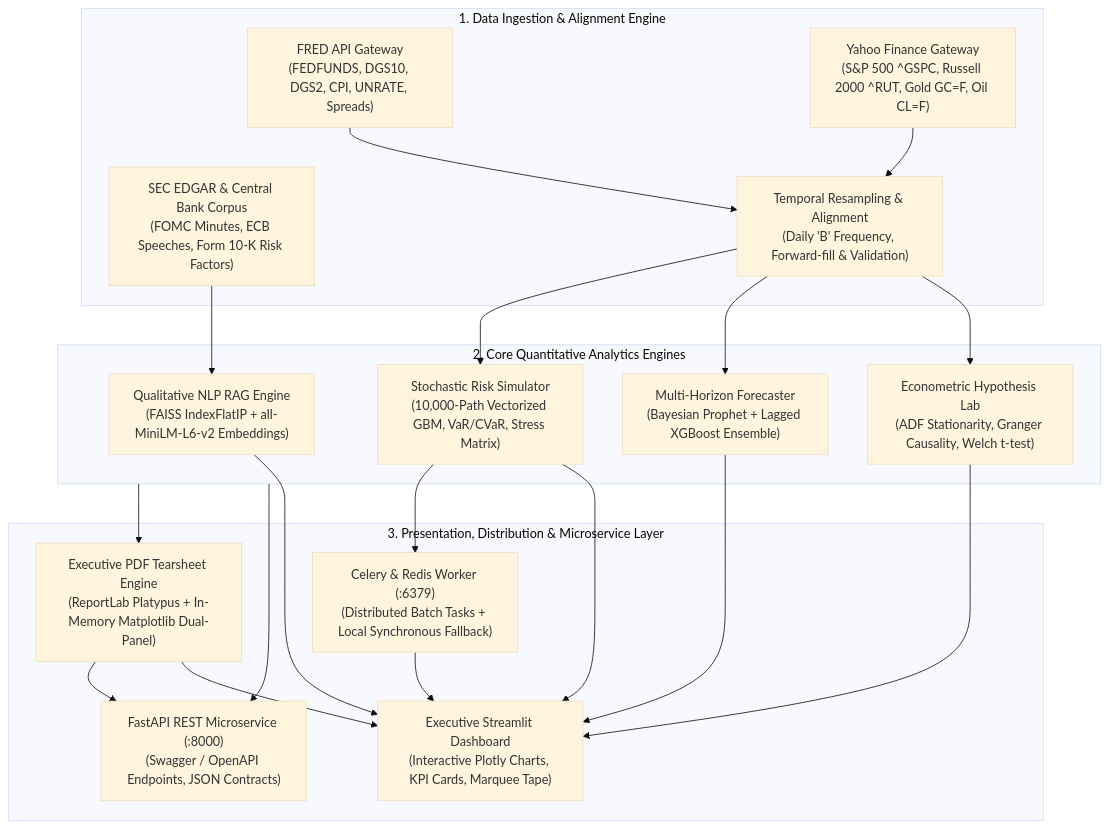
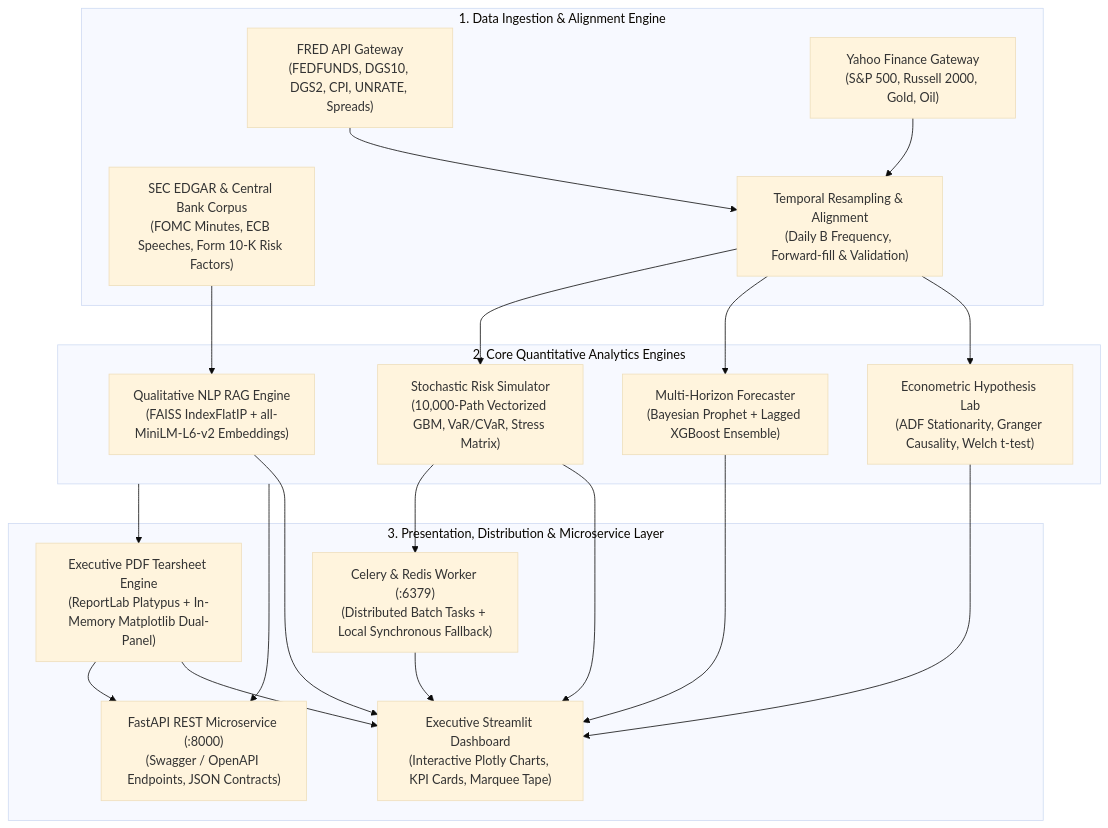
The first of 2 diagrams in README.md (JayasubramanianN/Quantoregime), drawn with Mermaid (base theme) before and after one commit. The commit also changed other lines of this file, not shown here.

Commit message:
fix: resolve Mermaid sequence diagram syntax for GitHub rendering

````diff
--- a/README.md
+++ b/README.md
@@ -24,44 +24,44 @@
 ```mermaid
 graph TD
     subgraph DataIngestion ["1. Data Ingestion & Alignment Engine"]
         FRED["FRED API Gateway<br/>(FEDFUNDS, DGS10, DGS2, CPI, UNRATE, Spreads)"]
-        YF["Yahoo Finance Gateway<br/>(S&P 500 ^GSPC, Russell 2000 ^RUT, Gold GC=F, Oil CL=F)"]
+        YF["Yahoo Finance Gateway<br/>(S&P 500, Russell 2000, Gold, Oil)"]
         EDGAR["SEC EDGAR & Central Bank Corpus<br/>(FOMC Minutes, ECB Speeches, Form 10-K Risk Factors)"]
-        ALIGN["Temporal Resampling & Alignment<br/>(Daily 'B' Frequency, Forward-fill & Validation)"]
+        ALIGN["Temporal Resampling & Alignment<br/>(Daily B Frequency, Forward-fill & Validation)"]
     end
 
     subgraph CoreAnalytics ["2. Core Quantitative Analytics Engines"]
         RAG["Qualitative NLP RAG Engine<br/>(FAISS IndexFlatIP + all-MiniLM-L6-v2 Embeddings)"]
         HYP["Econometric Hypothesis Lab<br/>(ADF Stationarity, Granger Causality, Welch t-test)"]
         FC["Multi-Horizon Forecaster<br/>(Bayesian Prophet + Lagged XGBoost Ensemble)"]
         MC["Stochastic Risk Simulator<br/>(10,000-Path Vectorized GBM, VaR/CVaR, Stress Matrix)"]
     end
 
     subgraph PresentationAndExport ["3. Presentation, Distribution & Microservice Layer"]
         DASH["Executive Streamlit Dashboard<br/>(Interactive Plotly Charts, KPI Cards, Marquee Tape)"]
         API["FastAPI REST Microservice (:8000)<br/>(Swagger / OpenAPI Endpoints, JSON Contracts)"]
         PDF["Executive PDF Tearsheet Engine<br/>(ReportLab Platypus + In-Memory Matplotlib Dual-Panel)"]
         CELERY["Celery & Redis Worker (:6379)<br/>(Distributed Batch Tasks + Local Synchronous Fallback)"]
     end
 
     FRED --> ALIGN
     YF --> ALIGN
     EDGAR --> RAG
 
     ALIGN --> HYP
     ALIGN --> FC
     ALIGN --> MC
 
     RAG --> DASH
     HYP --> DASH
     FC --> DASH
     MC --> DASH
 
     CoreAnalytics --> API
     CoreAnalytics --> PDF
     PDF --> DASH
     PDF --> API
 
     MC --> CELERY
     CELERY --> DASH
 ```
````
